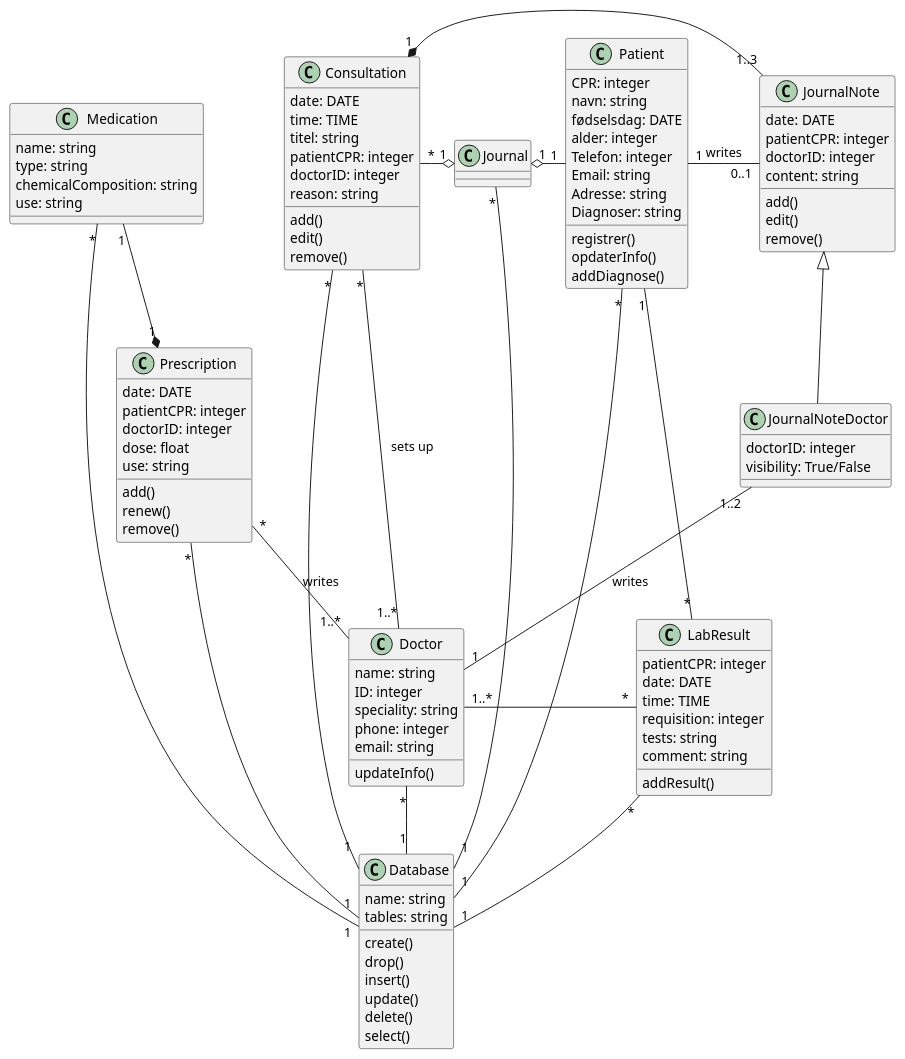
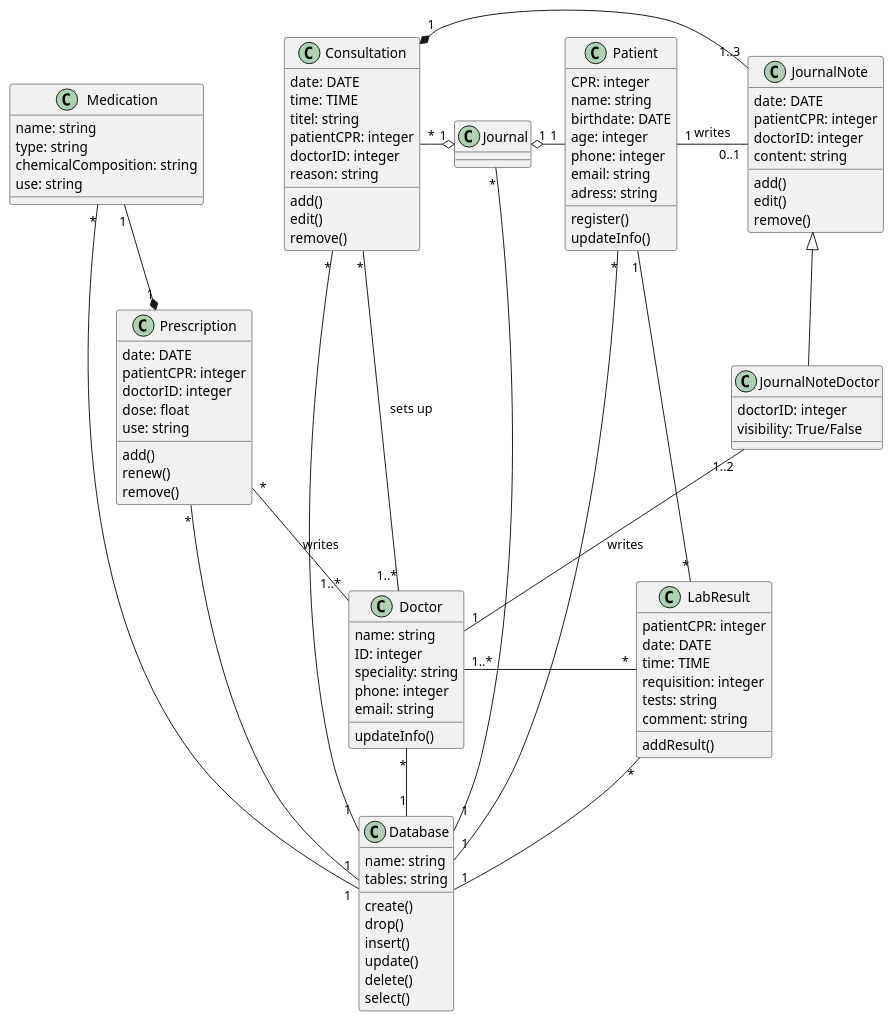
The diagram in ClassDiagramEPJ.puml (dictswa/FinalProjectCode), drawn with PlantUML before and after one commit.

Commit message:
Class Diagram updated

```diff
--- a/ClassDiagramEPJ.puml
+++ b/ClassDiagramEPJ.puml
@@ -1,119 +1,117 @@
 @startuml
 
 class Patient{
 CPR: integer
-navn: string
-fødselsdag: DATE
-alder: integer
-Telefon: integer
-Email: string
-Adresse: string
-Diagnoser: string
-registrer()
-opdaterInfo()
-addDiagnose()
+name: string
+birthdate: DATE
+age: integer
+phone: integer
+email: string
+adress: string
+register()
+updateInfo()
 }
 
 class Database{
 name: string
 tables: string
 create()
 drop()
 insert()
 update()
 delete()
 select()
 }
 
 
 class Doctor{
 name: string
 ID: integer
 speciality: string
 phone: integer
 email: string
 updateInfo()
 }
 
 
 class LabResult{
 patientCPR: integer
 date: DATE
 time: TIME
 requisition: integer
 tests: string
 comment: string
 addResult()
 }
 
 class Prescription{
 date: DATE
 patientCPR: integer
 doctorID: integer
 dose: float
 use: string
 add()
 renew()
 remove()
 }
 
 class JournalNote{
 date: DATE
 patientCPR: integer
 doctorID: integer
 content: string
 add()
 edit()
 remove()
 }
 
 class JournalNoteDoctor{
 doctorID: integer
 visibility: True/False
 }
 
 class Journal{
 }
 
 class Consultation{
 date: DATE
 time: TIME
 titel: string
 patientCPR: integer
 doctorID: integer
 reason: string
 add()
 edit()
 remove()
 }
 
 class Medication{
 name: string
 type: string
 chemicalComposition: string
 use: string
 }
 
 
 Database"1"-u-"*"Patient
 Database"1"-u-"*"Doctor
 Database"1"-u-"*"LabResult
 Database"1"-u-"*"Journal
 Database"1"-u-"*"Consultation
 Database"1"-u-"*"Prescription
 Database"1"-u-"*"Medication
 
 Doctor"1..*" -u- "*"Consultation : sets up
 Patient "1"-r- "0..1"JournalNote : writes
 Patient "1"--"*" LabResult
 Doctor "1..*"-r-"*" LabResult
 Doctor "1" -u- "1..2"JournalNoteDoctor : writes
 Doctor"1..*" -u- "*"Prescription : writes
 
 Journal "1" o-l- "*"Consultation
 Journal "1" o-r- "1" Patient
 Consultation"1" *-r- "1..3"JournalNote
 Prescription"1" *-u- "1"Medication
 
 JournalNote<|--JournalNoteDoctor
 @enduml
```
